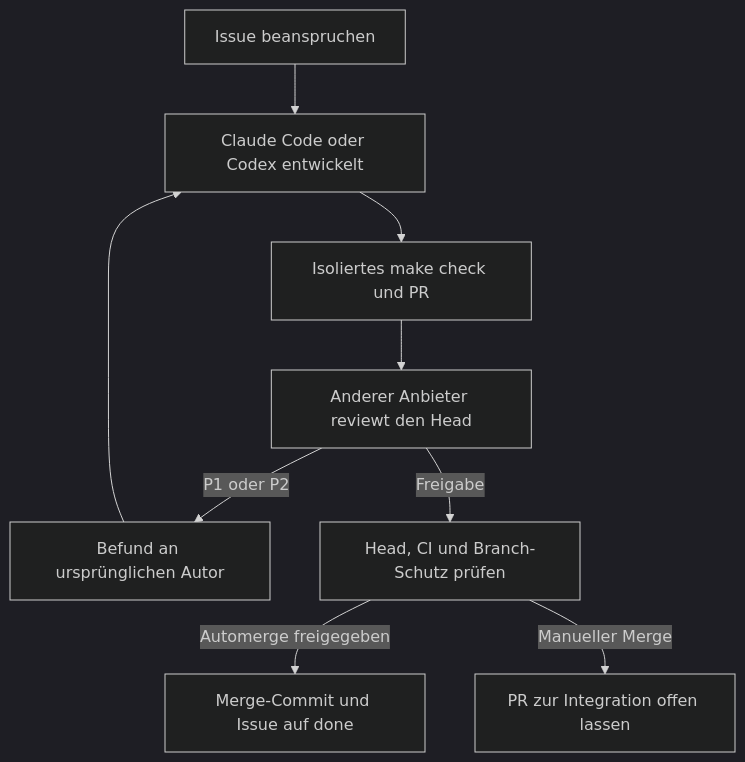
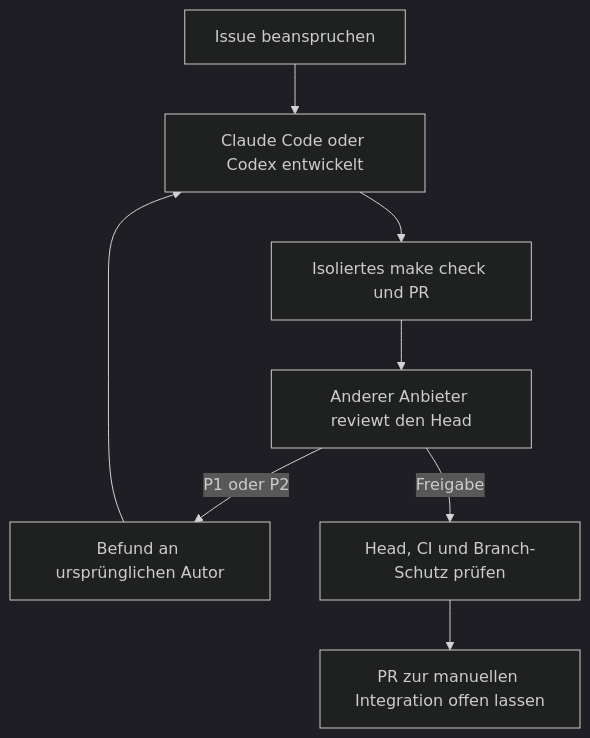
The diagram in docs/DEV_ORCHESTRATOR.md (BasKjell/Trading_Ai), drawn with Mermaid (dark theme) before and after one commit. The commit also changed other lines of this file and 4 other files, not shown here.

````diff
--- a/docs/DEV_ORCHESTRATOR.md
+++ b/docs/DEV_ORCHESTRATOR.md
@@ -23,11 +21,10 @@
 ```mermaid
 flowchart TD
     C["Issue beanspruchen"] --> D["Claude Code oder Codex entwickelt"]
     D --> T["Isoliertes make check und PR"]
     T --> R["Anderer Anbieter reviewt den Head"]
     R -->|P1 oder P2| F["Befund an ursprünglichen Autor"]
     F --> D
     R -->|Freigabe| Q["Head, CI und Branch-Schutz prüfen"]
-    Q -->|Automerge freigegeben| M["Merge-Commit und Issue auf done"]
-    Q -->|Manueller Merge| H["PR zur Integration offen lassen"]
+    Q --> H["PR zur manuellen Integration offen lassen"]
 ```
````
